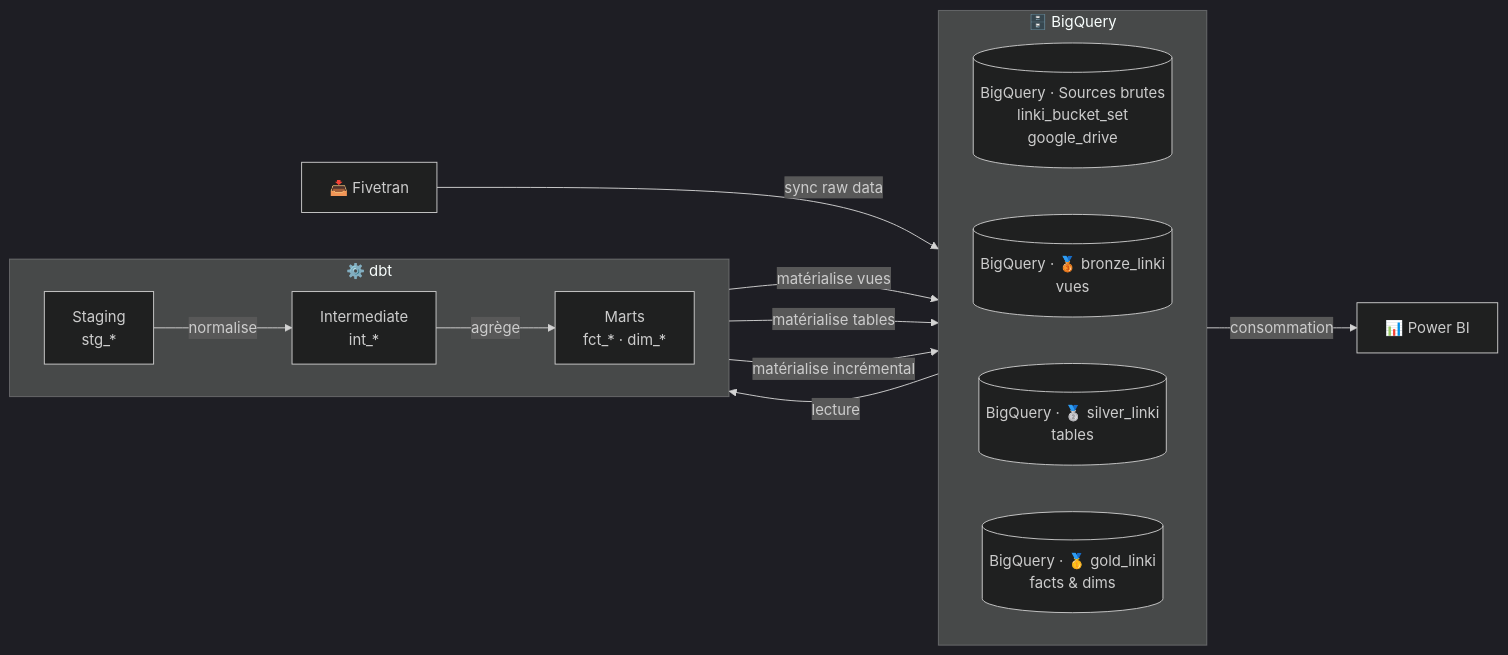
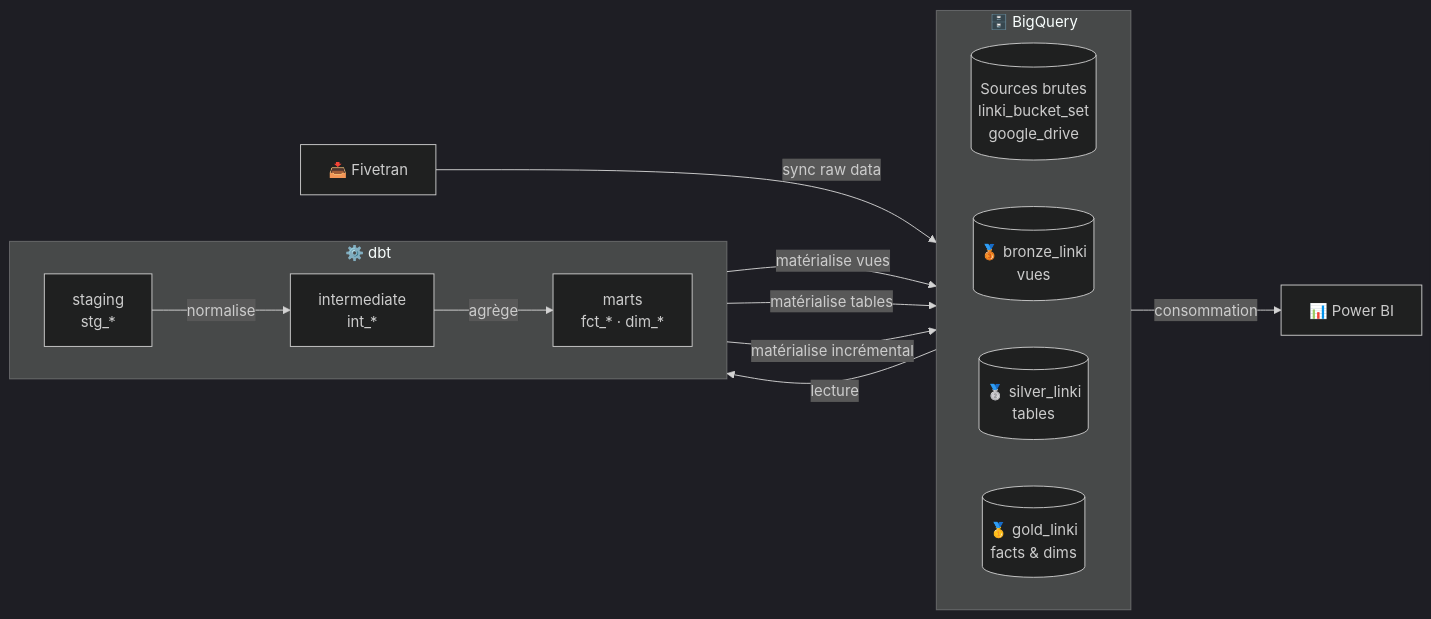
Before and after one commit to ballates/linkyhub_dbt: the first of 5 diagrams in README.md, drawn with Mermaid (dark theme). The commit also changed other lines of this file, not shown here.

Commit message:
Update mermaid graph

````diff
--- a/README.md
+++ b/README.md
@@ -34,24 +34,24 @@
 ```mermaid
 flowchart LR
     fivetran["📥 Fivetran"] -->|"sync raw data"| src
 
     subgraph bq ["🗄️ BigQuery"]
         direction LR
-        src[("BigQuery · Sources brutes\nlinki_bucket_set\ngoogle_drive")]
-        bronze[("BigQuery · 🥉 bronze_linki\nvues")]
-        silver[("BigQuery · 🥈 silver_linki\ntables")]
-        gold[("BigQuery · 🥇 gold_linki\nfacts & dims")]
+        src[("Sources brutes\nlinki_bucket_set\ngoogle_drive")]
+        bronze[("🥉 bronze_linki\nvues")]
+        silver[("🥈 silver_linki\ntables")]
+        gold[("🥇 gold_linki\nfacts & dims")]
     end
 
     subgraph dbt ["⚙️ dbt"]
         direction LR
-        stg["Staging\nstg_*"] -->|"normalise"| int["Intermediate\nint_*"] -->|"agrège"| mart["Marts\nfct_* · dim_*"]
+        stg["staging\nstg_*"] -->|"normalise"| int["intermediate\nint_*"] -->|"agrège"| mart["marts\nfct_* · dim_*"]
     end
 
     src -->|"lecture"| stg
     stg -->|"matérialise vues"| bronze
     int -->|"matérialise tables"| silver
     mart -->|"matérialise incrémental"| gold
 
     gold -->|"consommation"| powerbi["📊 Power BI"]
 ```
````
